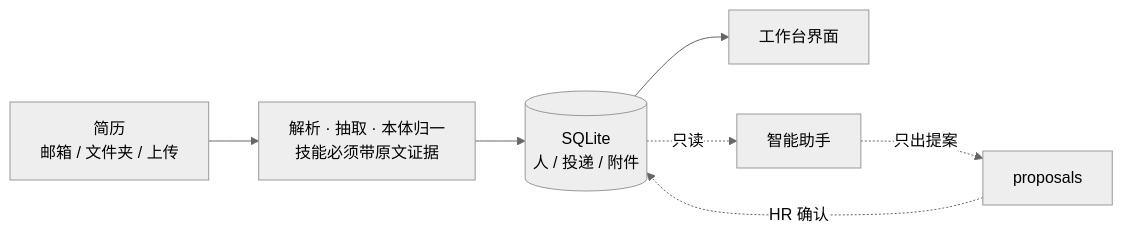
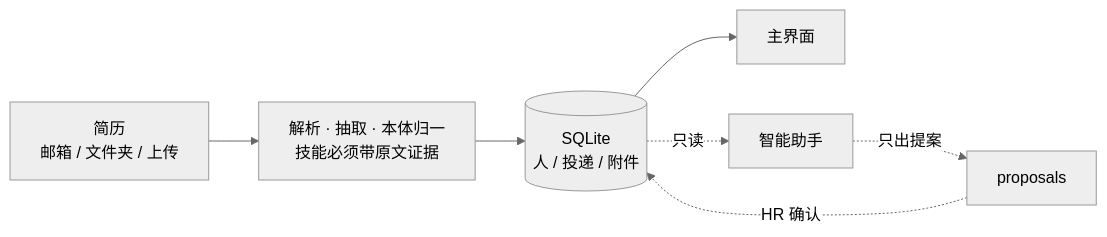
Before and after one commit to herehxy/HRAgent: the diagram in README.md, drawn with Mermaid (neutral theme). The commit also changed other lines of this file and 34 other files, not shown here.

````diff
--- a/README.md
+++ b/README.md
@@ -22,9 +22,9 @@
 ```mermaid
 flowchart LR
     A["简历<br/>邮箱 / 文件夹 / 上传"] --> B["解析 · 抽取 · 本体归一<br/>技能必须带原文证据"]
     B --> C[("SQLite<br/>人 / 投递 / 附件")]
-    C --> D["工作台界面"]
+    C --> D["主界面"]
     C -.->|只读| E["智能助手"]
     E -.->|只出提案| P["proposals"]
     P -.->|HR 确认| C
 ```
````
